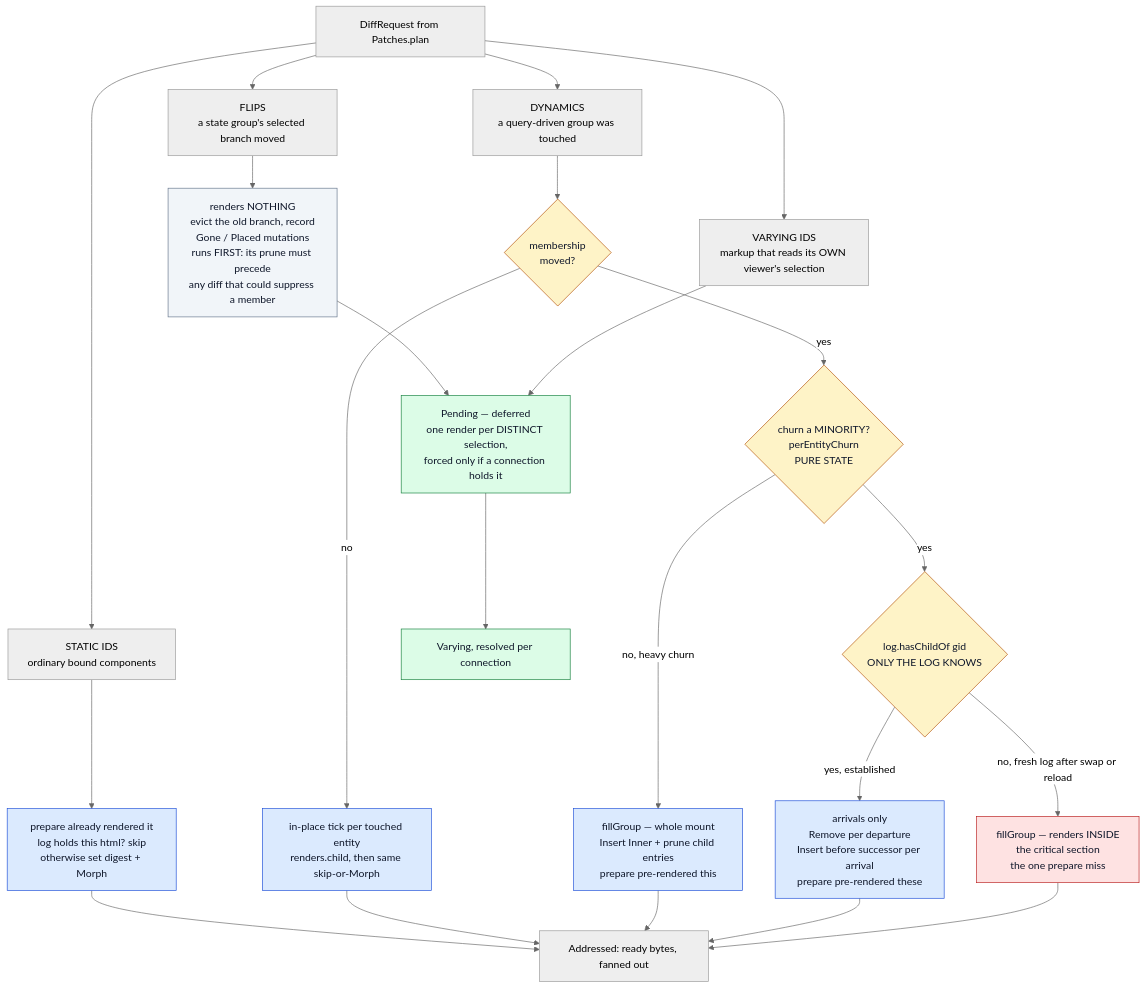
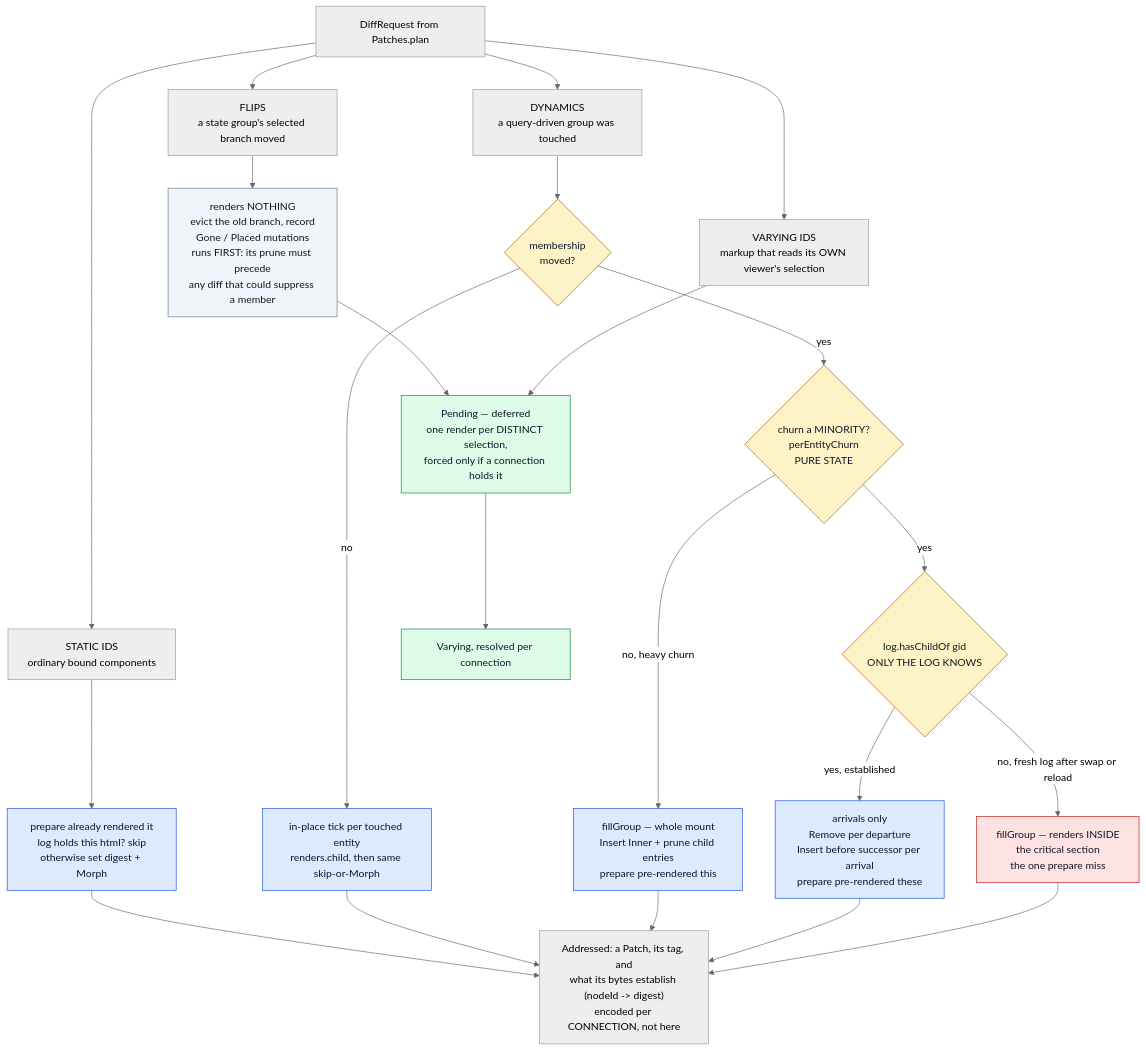
One commit to perok/functional-home-assistant changed the second of 3 diagrams in docs/architecture-rendering-pipeline.md. Above: the diagram before and after it, drawn with Mermaid (neutral theme). The commit also changed 4 other files, not shown here.

First line of the commit message:
runtime: a patch carries what its bytes establish

````diff
--- a/docs/architecture-rendering-pipeline.md
+++ b/docs/architecture-rendering-pipeline.md
@@ -199,42 +199,42 @@
 ```mermaid
 flowchart TB
   REQ["DiffRequest from Patches.plan"]
 
   REQ --> FLIP["FLIPS<br/>a state group's selected branch moved"]
   REQ --> STAT["STATIC IDS<br/>ordinary bound components"]
   REQ --> DYN["DYNAMICS<br/>a query-driven group was touched"]
   REQ --> VAR["VARYING IDS<br/>markup that reads its OWN viewer's selection"]
 
   FLIP --> FLIPW["renders NOTHING<br/>evict the old branch, record<br/>Gone / Placed mutations<br/>runs FIRST: its prune must precede<br/>any diff that could suppress a member"]
   FLIPW --> PEND
 
   STAT --> STATW["prepare already rendered it<br/>log holds this html? skip<br/>otherwise set digest + Morph"]
 
   DYN --> SAME{"membership<br/>moved?"}
   SAME -->|no| TICK["in-place tick per touched entity<br/>renders.child, then same skip-or-Morph"]
   SAME -->|yes| CHURN{"churn a MINORITY?<br/>perEntityChurn<br/>PURE STATE"}
   CHURN -->|no, heavy churn| FILL["fillGroup — whole mount<br/>Insert Inner + prune child entries<br/>prepare pre-rendered this"]
   CHURN -->|yes| EST{"log.hasChildOf gid<br/>ONLY THE LOG KNOWS"}
   EST -->|yes, established| DELTA["arrivals only<br/>Remove per departure<br/>Insert before successor per arrival<br/>prepare pre-rendered these"]
   EST -->|no, fresh log after swap or reload| FILL2["fillGroup — renders INSIDE<br/>the critical section<br/>the one prepare miss"]
 
   VAR --> PEND["Pending — deferred<br/>one render per DISTINCT selection,<br/>forced only if a connection holds it"]
   PEND --> VARY["Varying, resolved per connection"]
 
-  STATW --> OUT["Addressed: ready bytes, fanned out"]
+  STATW --> OUT["Addressed: a Patch, its tag, and<br/>what its bytes establish (nodeId -&gt; digest)<br/>encoded per CONNECTION, not here"]
   TICK --> OUT
   FILL --> OUT
   DELTA --> OUT
   FILL2 --> OUT
 
   classDef nothing fill:#f1f5f9,stroke:#64748b,color:#0f172a
   classDef pre fill:#dbeafe,stroke:#1d4ed8,color:#0f172a
   classDef inside fill:#fee2e2,stroke:#b91c1c,color:#0f172a
   classDef defer fill:#dcfce7,stroke:#15803d,color:#0f172a
   classDef q fill:#fef3c7,stroke:#b45309,color:#0f172a
   class FLIPW nothing
   class STATW,TICK,FILL,DELTA pre
   class FILL2 inside
   class PEND,VARY defer
   class SAME,CHURN,EST q
 ```
````
